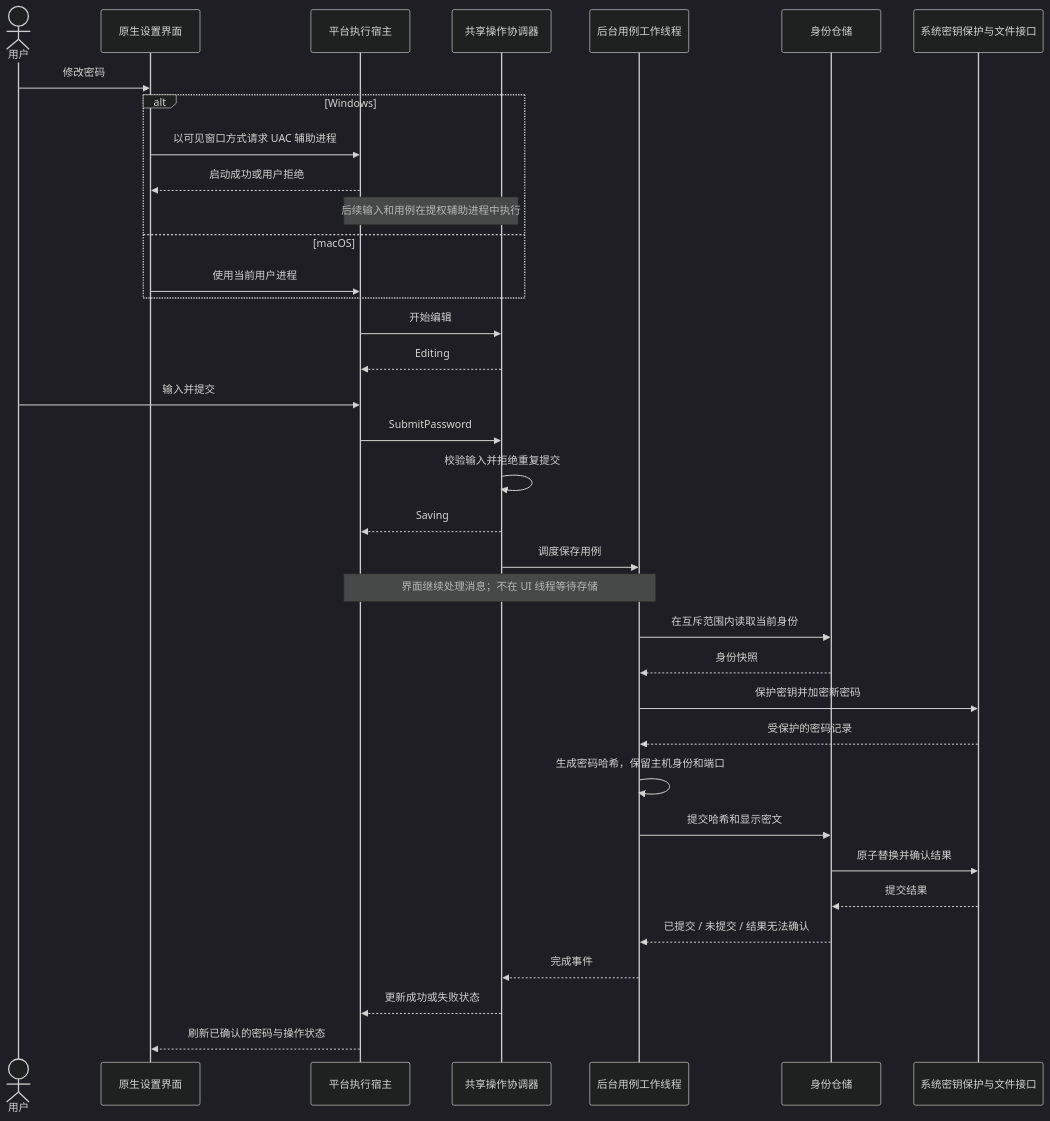
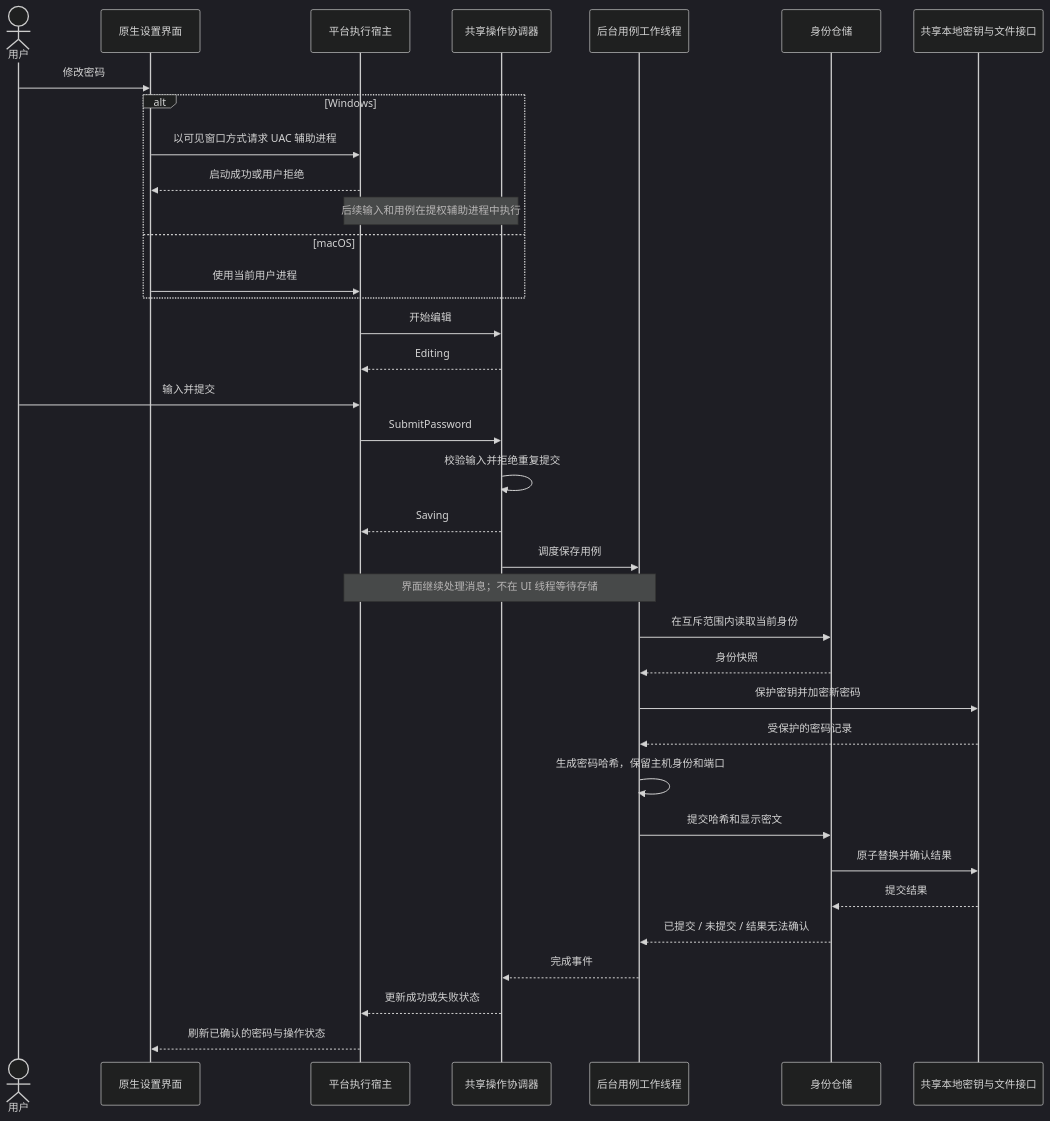
Before and after one commit to dripai/LanDesk: the third of 4 diagrams in docs/architecture.md, drawn with Mermaid (dark theme). The commit also changed other lines of this file and 44 other files, not shown here.

````diff
--- a/docs/architecture.md
+++ b/docs/architecture.md
@@ -154,38 +154,38 @@
 ```mermaid
 sequenceDiagram
     actor User as 用户
     participant UI as 原生设置界面
     participant Host as 平台执行宿主
     participant Flow as 共享操作协调器
     participant Worker as 后台用例工作线程
     participant Repo as 身份仓储
-    participant OS as 系统密钥保护与文件接口
+    participant OS as 共享本地密钥与文件接口
     User->>UI: 修改密码
     alt Windows
         UI->>Host: 以可见窗口方式请求 UAC 辅助进程
         Host-->>UI: 启动成功或用户拒绝
         Note over Host,Flow: 后续输入和用例在提权辅助进程中执行
     else macOS
         UI->>Host: 使用当前用户进程
     end
     Host->>Flow: 开始编辑
     Flow-->>Host: Editing
     User->>Host: 输入并提交
     Host->>Flow: SubmitPassword
     Flow->>Flow: 校验输入并拒绝重复提交
     Flow-->>Host: Saving
     Flow->>Worker: 调度保存用例
     Note over Host,Worker: 界面继续处理消息；不在 UI 线程等待存储
     Worker->>Repo: 在互斥范围内读取当前身份
     Repo-->>Worker: 身份快照
     Worker->>OS: 保护密钥并加密新密码
     OS-->>Worker: 受保护的密码记录
     Worker->>Worker: 生成密码哈希，保留主机身份和端口
     Worker->>Repo: 提交哈希和显示密文
     Repo->>OS: 原子替换并确认结果
     OS-->>Repo: 提交结果
     Repo-->>Worker: 已提交 / 未提交 / 结果无法确认
     Worker-->>Flow: 完成事件
     Flow-->>Host: 更新成功或失败状态
     Host-->>UI: 刷新已确认的密码与操作状态
 ```
````
